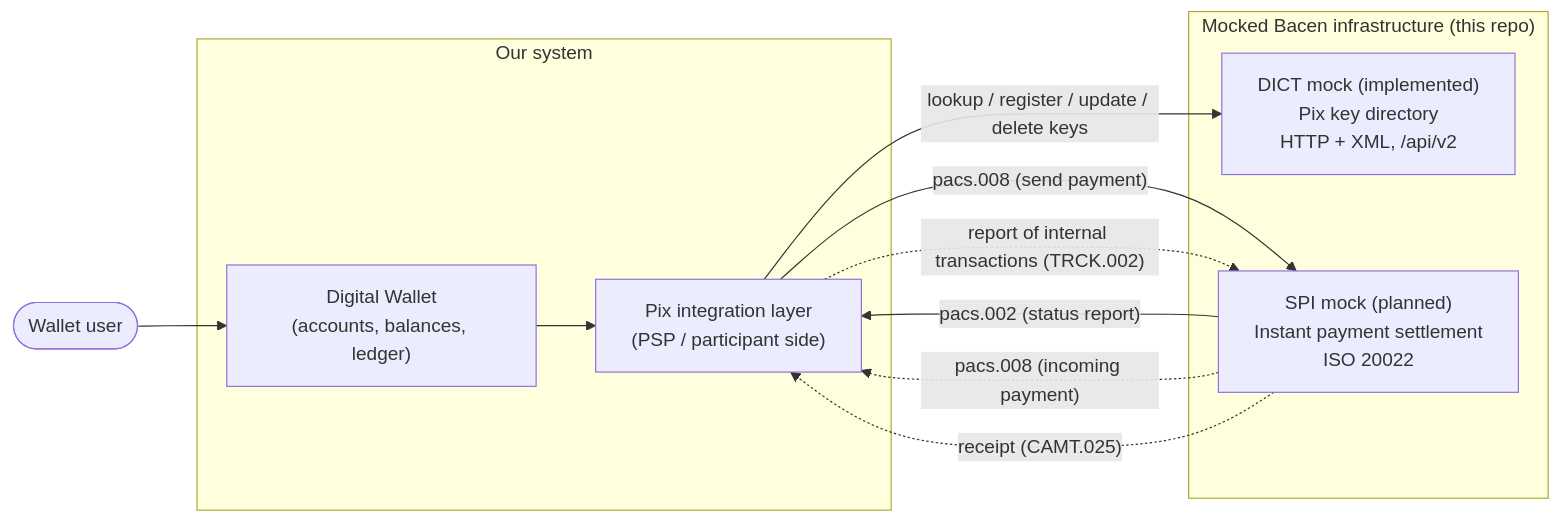
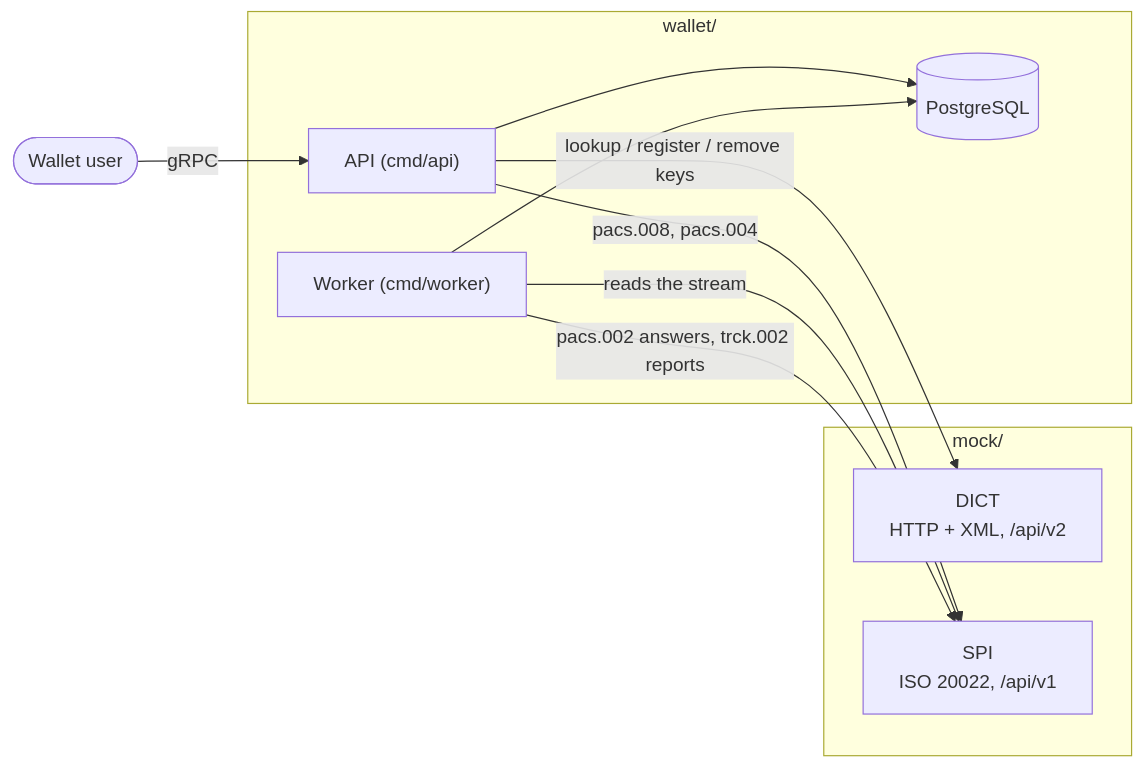
The first of 4 diagrams in docs/architecture.md (piovani/pix_fake), drawn with Mermaid before and after one commit. The commit also changed other lines of this file and 2 other files, not shown here.

Commit message:
docs: bring the root README and the architecture up to date, trim the guide

````diff
--- a/docs/architecture.md
+++ b/docs/architecture.md
@@ -10,22 +6,22 @@
 ```mermaid
 flowchart LR
-    User([Wallet user]) --> Wallet
+    User([Wallet user]) -- gRPC --> API
 
-    subgraph Ours["Our system"]
-        Wallet["Digital Wallet<br/>(accounts, balances, ledger)"]
-        PixInt["Pix integration layer<br/>(PSP / participant side)"]
-        Wallet --> PixInt
+    subgraph Wallet["wallet/"]
+        API["API (cmd/api)"]
+        Worker["Worker (cmd/worker)"]
+        DB[(PostgreSQL)]
+        API --> DB
+        Worker --> DB
     end
 
-    subgraph Mocks["Mocked Bacen infrastructure (this repo)"]
-        DICT["DICT mock (implemented)<br/>Pix key directory<br/>HTTP + XML, /api/v2"]
-        SPI["SPI mock (planned)<br/>Instant payment settlement<br/>ISO 20022"]
+    subgraph Mocks["mock/"]
+        DICT["DICT<br/>HTTP + XML, /api/v2"]
+        SPI["SPI<br/>ISO 20022, /api/v1"]
     end
 
-    PixInt -- "lookup / register / update / delete keys" --> DICT
-    PixInt -- "pacs.008 (send payment)" --> SPI
-    SPI -- "pacs.002 (status report)" --> PixInt
-    SPI -. "pacs.008 (incoming payment)" .-> PixInt
-    PixInt -. "report of internal transactions (TRCK.002)" .-> SPI
-    SPI -. "receipt (CAMT.025)" .-> PixInt
+    API -- "lookup / register / remove keys" --> DICT
+    API -- "pacs.008, pacs.004" --> SPI
+    Worker -- "reads the stream" --> SPI
+    Worker -- "pacs.002 answers, trck.002 reports" --> SPI
 ```
````
